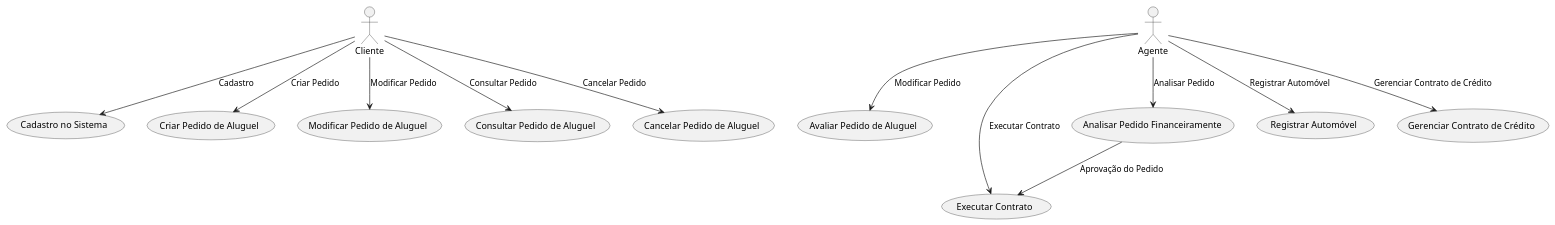
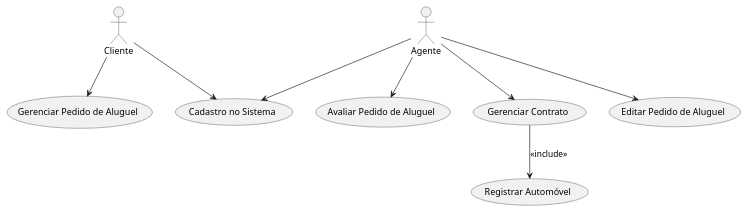
The diagram in Lab02-Desenv-Software/projeto/Caso de Uso/Caso_de_Uso.puml (Artureba/Lab02_LDS), drawn with PlantUML before and after one commit. The commit also changed 1 other file, not shown here.

Commit message:
Diagrama de Caso de Uso e de Classe Feito!

```diff
--- a/Lab02-Desenv-Software/projeto/Caso de Uso/Caso_de_Uso.puml
+++ b/Lab02-Desenv-Software/projeto/Caso de Uso/Caso_de_Uso.puml
@@ -1,30 +1,23 @@
-@startuml
+@startuml Sistema de Aluguel de Carros
+
 actor Cliente
 actor Agente
 
 usecase "Cadastro no Sistema" as UC1
-usecase "Criar Pedido de Aluguel" as UC2
-usecase "Modificar Pedido de Aluguel" as UC3
-usecase "Consultar Pedido de Aluguel" as UC4
-usecase "Cancelar Pedido de Aluguel" as UC5
-usecase "Avaliar Pedido de Aluguel" as UC6
-usecase "Executar Contrato" as UC7
-usecase "Analisar Pedido Financeiramente" as UC8
-usecase "Registrar Automóvel" as UC9
-usecase "Gerenciar Contrato de Crédito" as UC10
+usecase "Gerenciar Pedido de Aluguel" as UC2
+usecase "Editar Pedido de Aluguel" as UC3
+usecase "Avaliar Pedido de Aluguel" as UC4
+usecase "Gerenciar Contrato" as UC5
+usecase "Registrar Automóvel" as UC6
 
-Cliente --> UC1 : "Cadastro"
-Cliente --> UC2 : "Criar Pedido"
-Cliente --> UC3 : "Modificar Pedido"
-Cliente --> UC4 : "Consultar Pedido"
-Cliente --> UC5 : "Cancelar Pedido"
+Cliente --> UC1
+Cliente --> UC2
 
-Agente --> UC6 : "Modificar Pedido"
-Agente --> UC8 : "Analisar Pedido"
-Agente --> UC7 : "Executar Contrato"
-Agente --> UC9 : "Registrar Automóvel"
-Agente --> UC10 : "Gerenciar Contrato de Crédito"
+Agente --> UC1
+Agente --> UC3
+Agente --> UC4
+Agente --> UC5
 
-UC8 --> UC7 : "Aprovação do Pedido"
+UC5 --> UC6 : "<<include>>"
 
 @enduml
```
